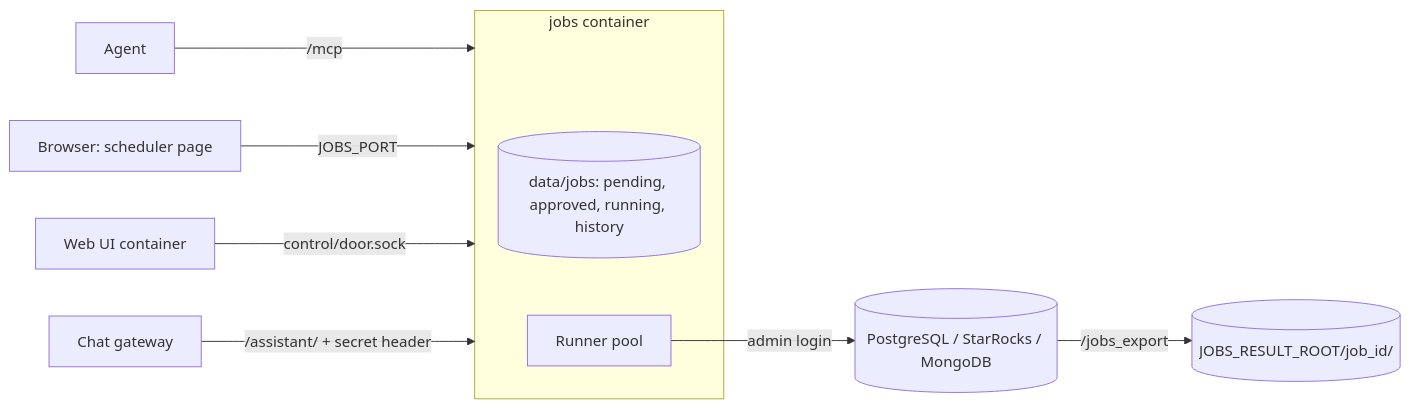
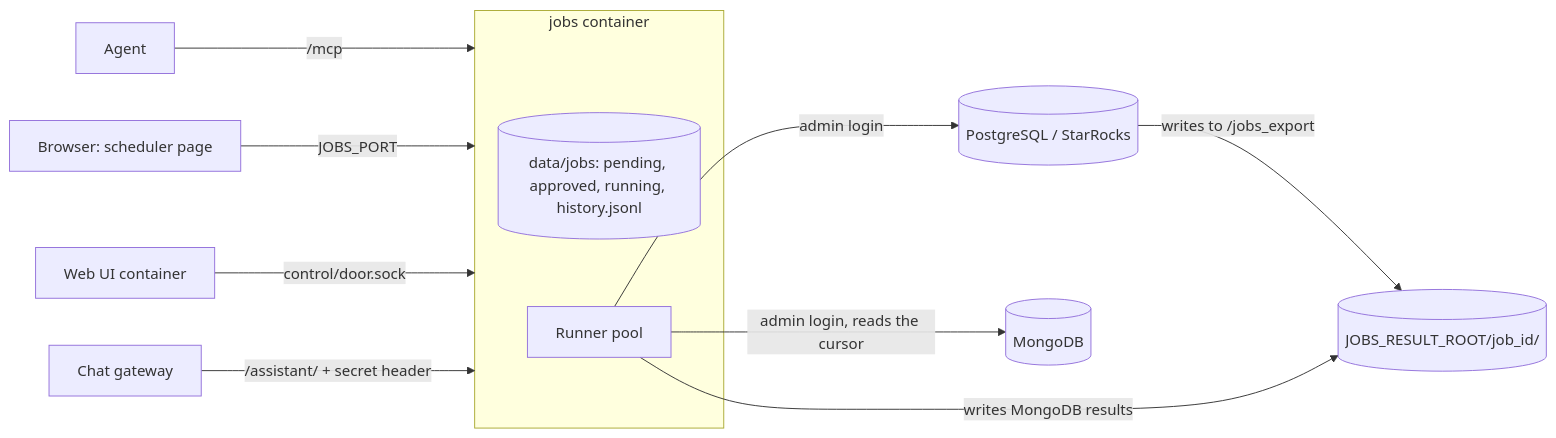
Before and after one commit to joaopn/social-data-pipeline: the diagram in docs/architecture/query-scheduler.md, drawn with Mermaid. The commit also changed other lines of this file and 16 other files, not shown here.

First line of the commit message:
docs: finish the architecture pages and shorten the README

````diff
--- a/docs/architecture/query-scheduler.md
+++ b/docs/architecture/query-scheduler.md
@@ -12,13 +12,15 @@
 ```mermaid
 flowchart LR
     AGENT[Agent] -->|"/mcp"| JOBS
     PAGE[Browser: scheduler page] -->|"JOBS_PORT"| JOBS
     WEBUI[Web UI container] -->|"control/door.sock"| JOBS
     GW[Chat gateway] -->|"/assistant/ + secret header"| JOBS
     subgraph JOBS[jobs container]
-        STORE[("data/jobs: pending, approved, running, history")]
+        STORE[("data/jobs: pending, approved, running, history.jsonl")]
         RUNNER[Runner pool]
     end
-    RUNNER -->|admin login| DB[(PostgreSQL / StarRocks / MongoDB)]
-    DB -->|"/jobs_export"| RESULTS[("JOBS_RESULT_ROOT/job_id/")]
+    RUNNER -->|admin login| PGSR[(PostgreSQL / StarRocks)]
+    RUNNER -->|admin login, reads the cursor| MG[(MongoDB)]
+    PGSR -->|"writes to /jobs_export"| RESULTS[("JOBS_RESULT_ROOT/job_id/")]
+    RUNNER -->|"writes MongoDB results"| RESULTS
 ```
````
